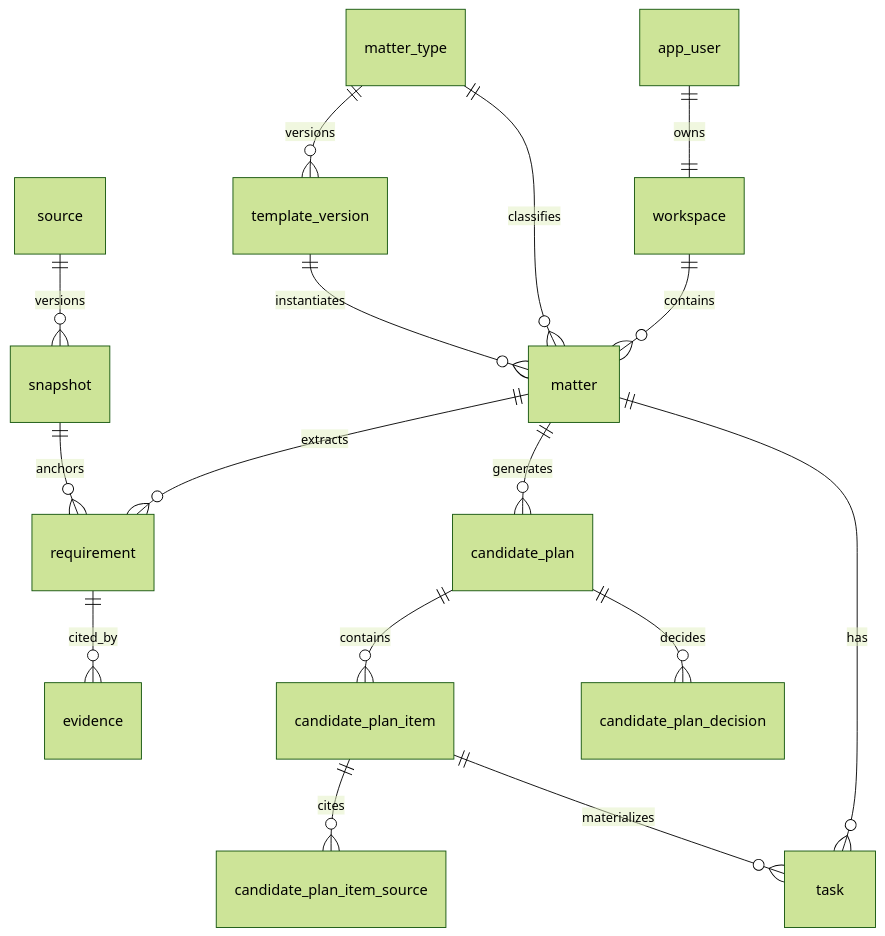
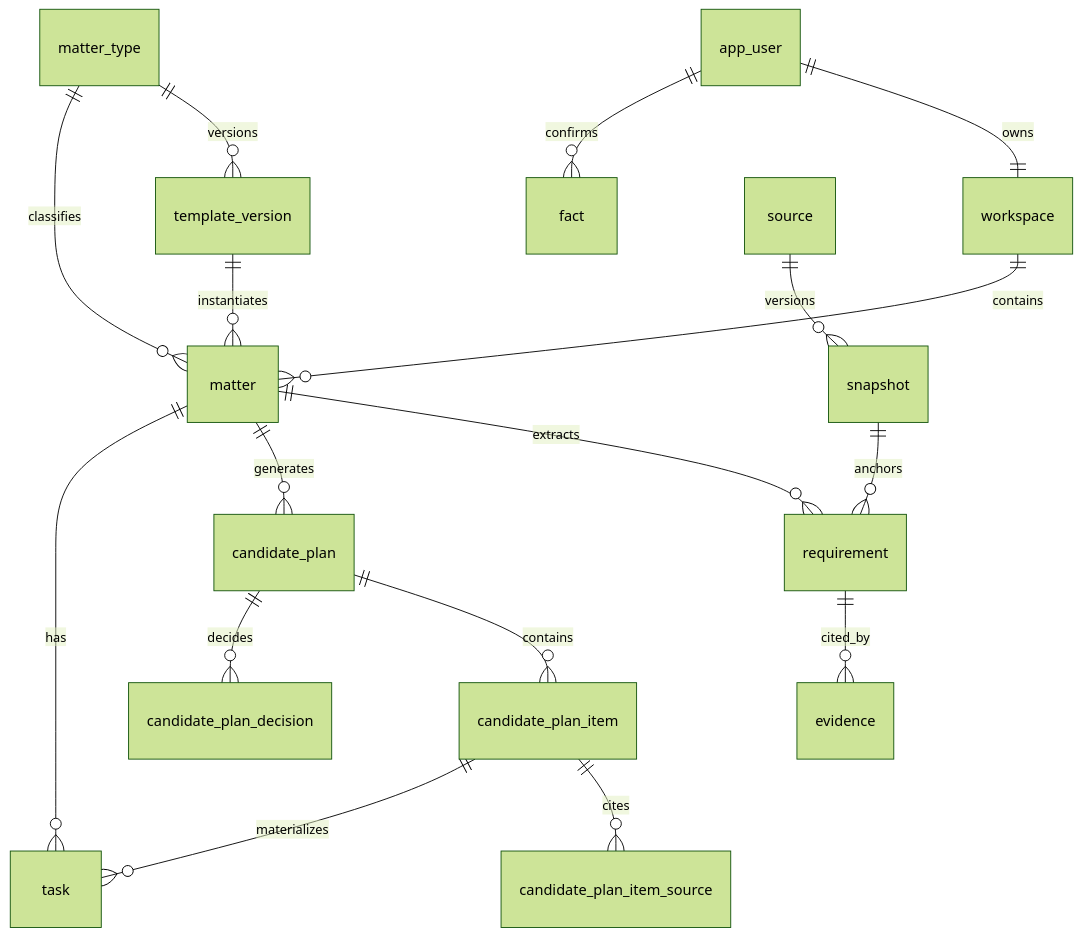
The diagram in docs/backend/alpha-schema.md (LotteryCamp/OfferPilot), drawn with Mermaid (forest theme) before and after one commit. The commit also changed other lines of this file and 28 other files, not shown here.

````diff
--- a/docs/backend/alpha-schema.md
+++ b/docs/backend/alpha-schema.md
@@ -58,18 +59,19 @@
 ```mermaid
 erDiagram
     app_user ||--|| workspace : owns
+    app_user ||--o{ fact : confirms
     workspace ||--o{ matter : contains
     matter_type ||--o{ template_version : versions
     matter_type ||--o{ matter : classifies
     template_version ||--o{ matter : instantiates
     matter ||--o{ requirement : extracts
     matter ||--o{ candidate_plan : generates
     matter ||--o{ task : has
     source ||--o{ snapshot : versions
     snapshot ||--o{ requirement : anchors
     requirement ||--o{ evidence : cited_by
     candidate_plan ||--o{ candidate_plan_item : contains
     candidate_plan ||--o{ candidate_plan_decision : decides
     candidate_plan_item ||--o{ candidate_plan_item_source : cites
     candidate_plan_item ||--o{ task : materializes
 ```
````
